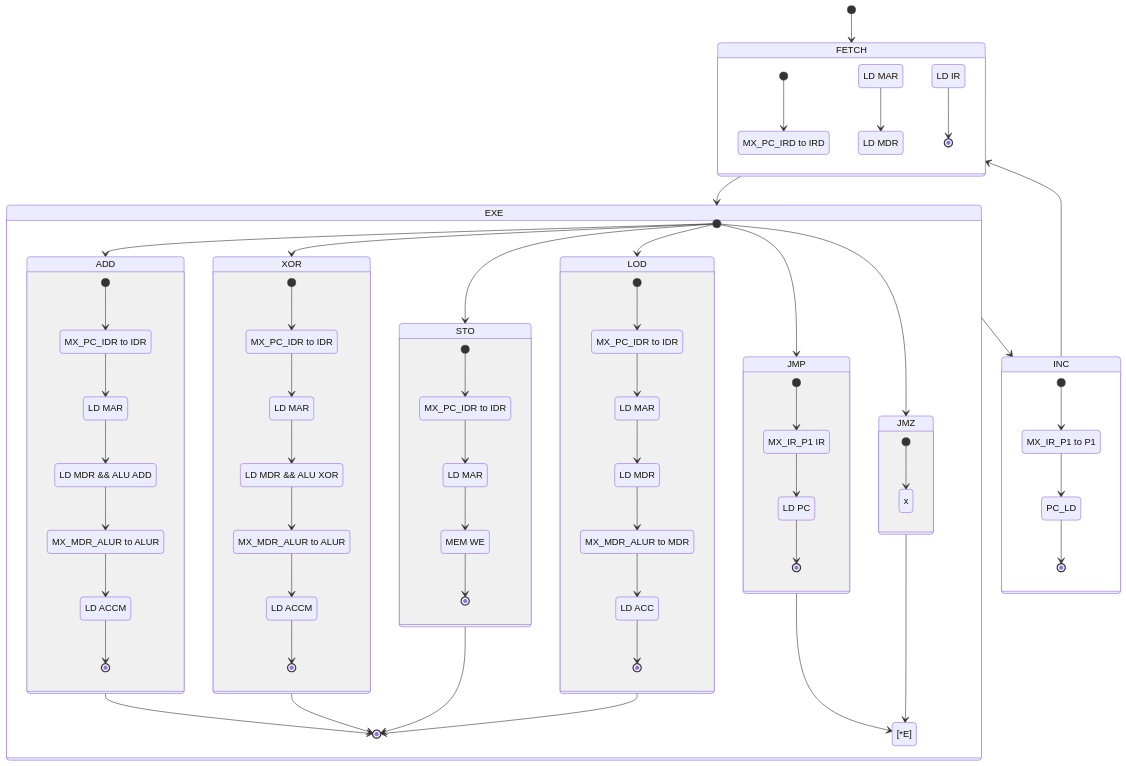
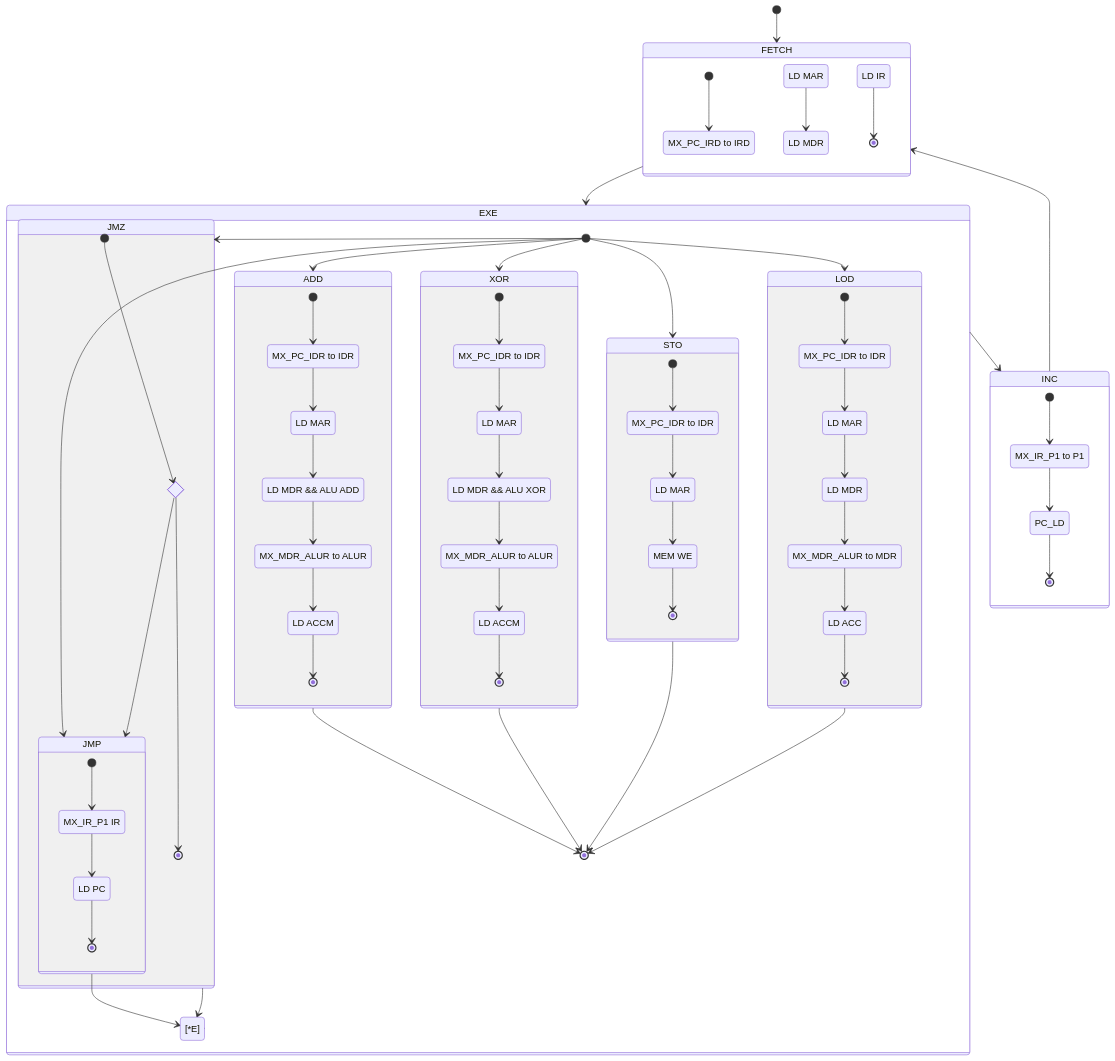
One commit to hexmaster111/LittleCpuVhdl changed the diagram in readme.md. Above: the diagram before and after it, drawn with Mermaid. The commit also changed 3 other files, not shown here.

```diff
--- a/readme.md
+++ b/readme.md
@@ -116,9 +116,11 @@
         JMP1 --> [*]
     }
 
-    state JMZ {
-        
-        [*] --> x
+    state JMZ {  
+        state ACC_ZERO <<choice>>
+        [*] -->  ACC_ZERO
+        ACC_ZERO --> JMP
+        ACC_ZERO --> [*]
     }
 }
 
```
